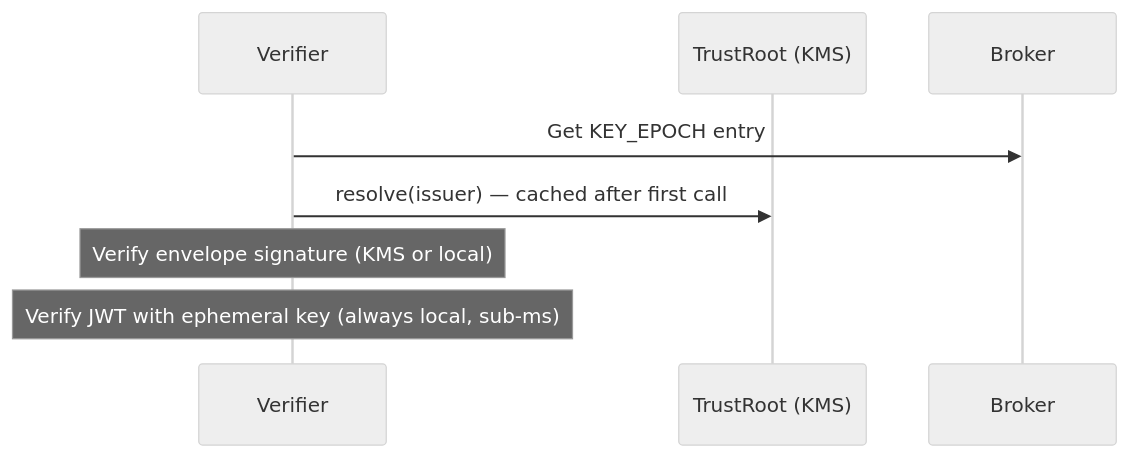
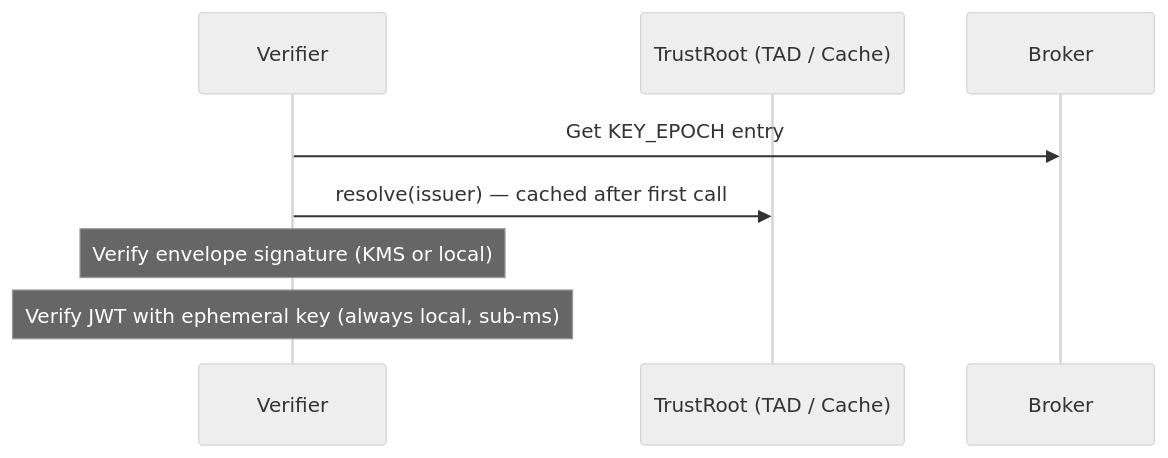
The second of 2 diagrams in docs/docs/guides/trustroot-setup.md (cyfko/veridot), drawn with Mermaid (neutral theme) before and after one commit. The commit also changed 6 other files, not shown here.

First line of the commit message:
docs: comprehensive accuracy audit — replace KMS recommendations with TAD, fix quickstart examples and diagram labels

````diff
--- a/docs/docs/guides/trustroot-setup.md
+++ b/docs/docs/guides/trustroot-setup.md
@@ -121,11 +121,11 @@
 ```mermaid
 sequenceDiagram
     participant V as Verifier
-    participant TR as TrustRoot (KMS)
+    participant TR as TrustRoot (TAD / Cache)
     participant B as Broker
 
     V->>B: Get KEY_EPOCH entry
     V->>TR: resolve(issuer) — cached after first call
     Note over V: Verify envelope signature (KMS or local)
     Note over V: Verify JWT with ephemeral key (always local, sub-ms)
 ```
````
